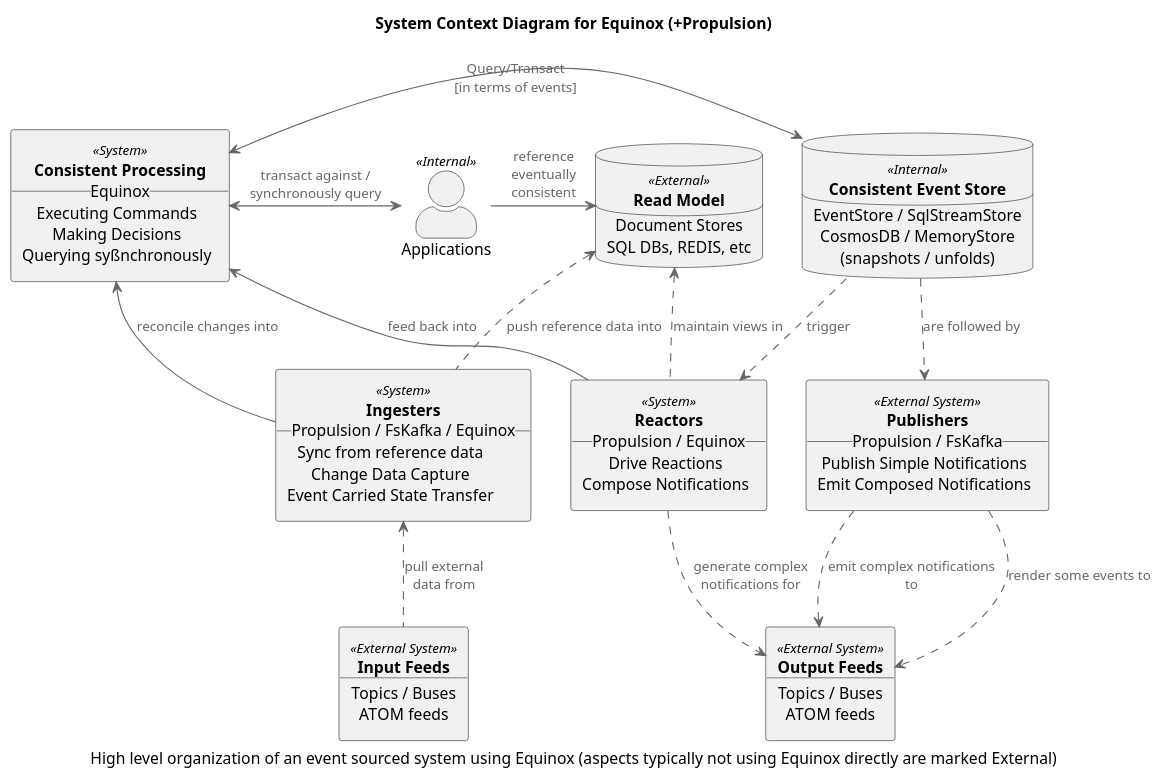
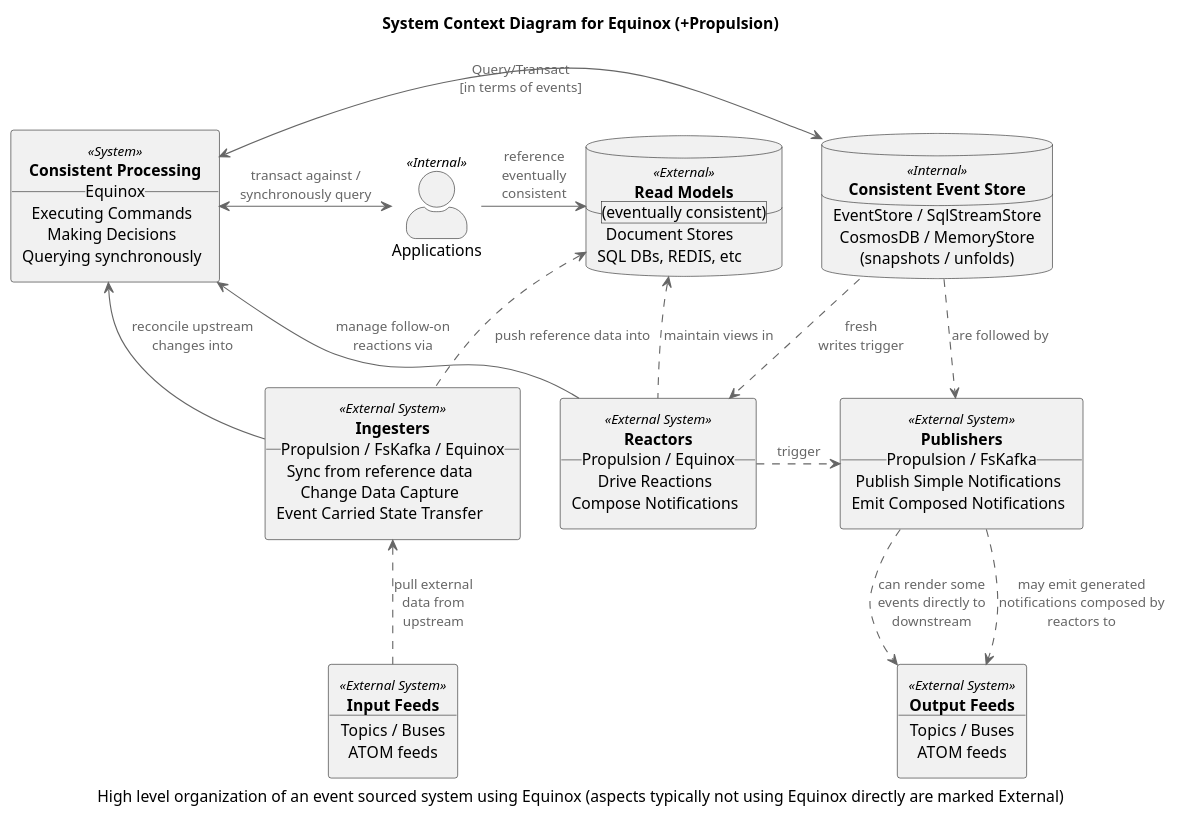
The diagram in diagrams/context.puml (jet/equinox), drawn with PlantUML before and after one commit. The commit also changed 14 other files, not shown here.

```diff
--- a/diagrams/context.puml
+++ b/diagrams/context.puml
@@ -1,87 +1,89 @@
-@startuml
+    @startuml
 !includeurl https://raw.githubusercontent.com/skleanthous/C4-PlantumlSkin/master/build/output/c4.puml
 
 title System Context Diagram for Equinox (+Propulsion)
 caption High level organization of an event sourced system using Equinox (aspects typically not using Equinox directly are marked External)
 
 actor "Applications" <<Internal>> as apps
 
 rectangle services <<System>> [
     **Consistent Processing**
     __Equinox__
     Executing Commands
     Making Decisions
-    Querying syßnchronously
+    Querying synchronously
 ]
 
 database stores <<Internal>> [
     **Consistent Event Store**
     ____
     EventStore / SqlStreamStore
     CosmosDB / MemoryStore
     (snapshots / unfolds)
 ]
 
 database caches <<External>> [
-    **Read Model**
-    ____
+    **Read Models**
+    __(eventually consistent)__
     Document Stores 
     SQL DBs, REDIS, etc
 ]
 
 together {
-    rectangle ingesters <<System>> [
+    rectangle ingesters <<External System>> [
         **Ingesters**
         __Propulsion / FsKafka / Equinox__
         Sync from reference data
         Change Data Capture
         Event Carried State Transfer
     ]
-    rectangle reactors <<System>> [
+    rectangle reactors <<External System>> [
         **Reactors**
         __Propulsion / Equinox__
         Drive Reactions
         Compose Notifications
     ]
     rectangle publishers <<External System>> [
         **Publishers**
         __Propulsion / FsKafka__
         Publish Simple Notifications
         Emit Composed Notifications
     ]
 }
 
 rectangle inputs <<External System>> [
     **Input Feeds**
     ____
     Topics / Buses
     ATOM feeds 
 ]
 
 rectangle outputs <<External System>> [
     **Output Feeds**
     ____
     Topics / Buses
     ATOM feeds
 ]
 
 apps          -> caches     : reference\neventually\nconsistent
 apps       <-L-> services   : transact against /\nsynchronously query
 
 services   <-R-> stores     : Query/Transact\n[in terms of events]
 
 stores       ..> publishers : are followed by
-stores       ..> reactors   : trigger
+stores       ..> reactors   : fresh\nwrites trigger
 
-reactors     --> services   : feed back into
-reactors     ..> outputs    : generate complex\nnotifications for
-reactors    .U.> caches     : maintain views in
-
-publishers   ..> outputs    : emit complex notifications to
-publishers   ..> outputs    : render some events to
-
-ingesters  <..   inputs     : pull external\ndata from
-ingesters    --> services   : reconcile changes into
+ingesters  <..   inputs     : pull external\ndata from\nupstream
+ingesters    --> services   : reconcile upstream\nchanges into
 ingesters   .U.> caches     : push reference data into
 
+reactors     --> services   : manage follow-on reactions via
+reactors    .U.> caches     : maintain views in
+reactors      .> publishers : trigger
+
+publishers   ..> outputs    : may emit generated\nnotifications composed by reactors to
+publishers   ..> outputs    : can render some\nevents directly to downstream
+
+reactors  -[hidden]R-> publishers
+
 @enduml
```
